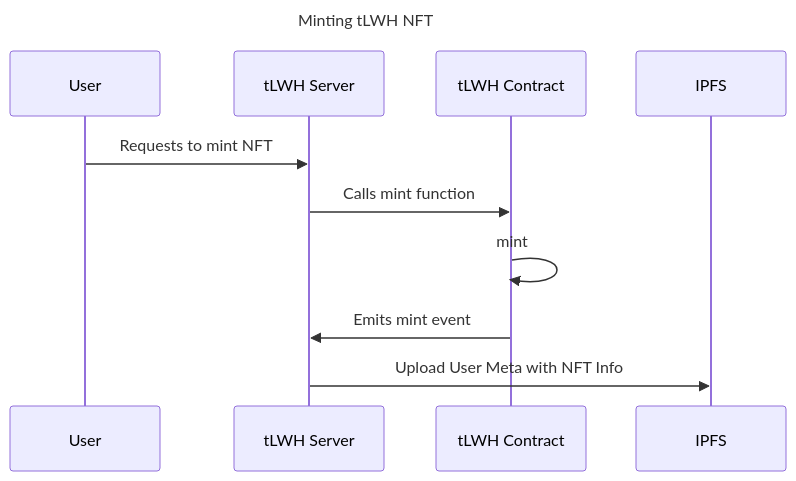
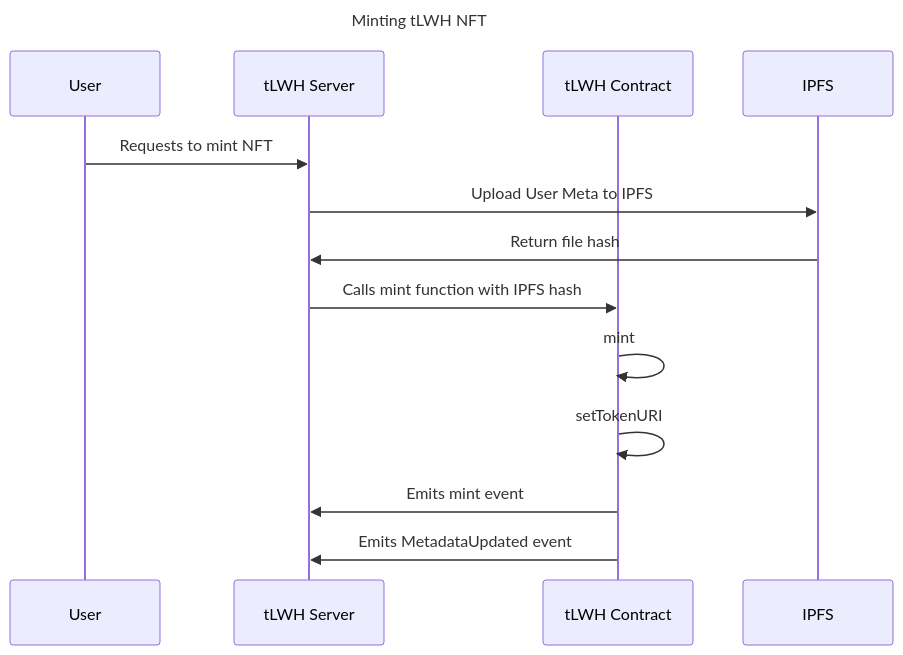
One commit to absoluteyl/The-Last-Watch-Hist changed the first of 2 diagrams in README.md. Above: the diagram before and after it, drawn with Mermaid. The commit also changed other lines of this file, not shown here.

Commit message:
update mint and sync flow

````diff
--- a/README.md
+++ b/README.md
@@ -22,17 +22,20 @@
 ```mermaid
 ---
 title: Minting tLWH NFT
 ---
 
 sequenceDiagram
   participant U as User
-  participant W as tLWH Server
+  participant S as tLWH Server
   participant C as tLWH Contract
   participant I as IPFS
 
-  U->>W: Requests to mint NFT
-  W->>C: Calls mint function
+  U->>S: Requests to mint NFT
+  S->>I: Upload User Meta to IPFS
+  I->>S: Return file hash
+  S->>C: Calls mint function with IPFS hash
   C->>C: mint
-  C->>W: Emits mint event
-  W->>I: Upload User Meta with NFT Info
+  C->>C: setTokenURI
+  C->>S: Emits mint event
+  C->>S: Emits MetadataUpdated event
 ```
````
